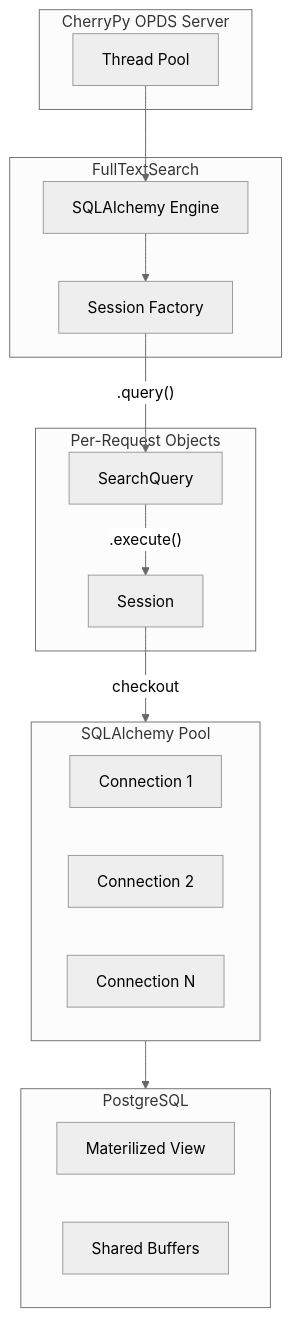
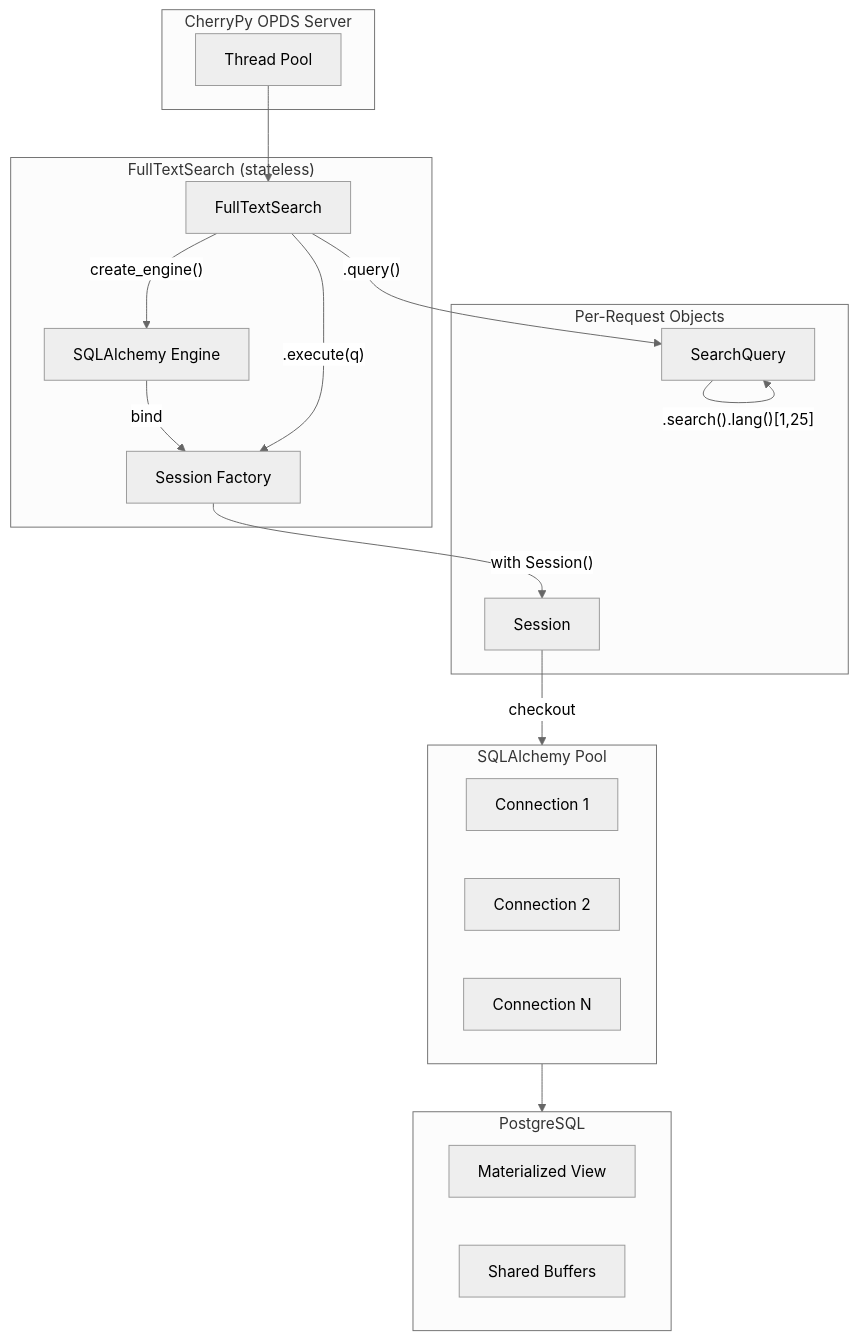
The diagram in README.md (zachjesus/Project-Gutenberg-Full-Text-Search), drawn with Mermaid (neutral theme) before and after one commit. The commit also changed other lines of this file and 5 other files, not shown here.

````diff
--- a/README.md
+++ b/README.md
@@ -318,34 +324,38 @@
 ```mermaid
 flowchart TB
     subgraph Server["CherryPy OPDS Server"]
         TP[Thread Pool]
     end
 
-    subgraph Stateless["FullTextSearch"]
+    subgraph Stateless["FullTextSearch (stateless)"]
+        FTS[FullTextSearch]
         ENGINE[SQLAlchemy Engine]
         FACTORY[Session Factory]
     end
 
     subgraph Stateful["Per-Request Objects"]
         SQ[SearchQuery]
         SESS[Session]
     end
 
     subgraph Pool["SQLAlchemy Pool"]
         C1[Connection 1]
         C2[Connection 2]
         CN[Connection N]
     end
 
     subgraph DB["PostgreSQL"]
-        PROC[Materilized View]
+        MV[Materialized View]
         SB[Shared Buffers]
     end
 
-    TP --> ENGINE
-    ENGINE --> FACTORY
-    FACTORY -->|".query()"| SQ
-    SQ -->|".execute()"| SESS
+    TP --> FTS
+    FTS -->|"create_engine()"| ENGINE
+    ENGINE -->|"bind"| FACTORY
+    FTS -->|".query()"| SQ
+    SQ -->|".search().lang()[1,25]"| SQ
+    FTS -->|".execute(q)"| FACTORY
+    FACTORY -->|"with Session()"| SESS
     SESS -->|"checkout"| Pool
     Pool --> DB 
 ```
````
